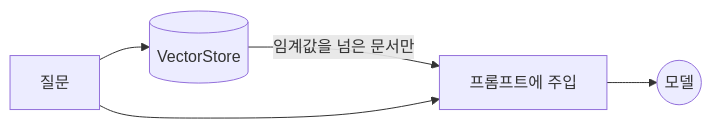
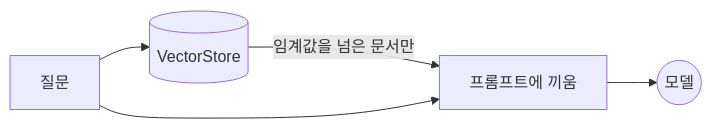
Diagram 15 of 22 in docs/phase2/Spring AI로 구현하는 에이전틱 패턴.md (devjune/ai-study), drawn with Mermaid before and after one commit. The commit also changed other lines of this file and 3 other files, not shown here.

````diff
--- a/docs/phase2/Spring AI로 구현하는 에이전틱 패턴.md
+++ b/docs/phase2/Spring AI로 구현하는 에이전틱 패턴.md
@@ -619,7 +622,7 @@
 ```mermaid
 flowchart LR
     Q[질문] --> S[(VectorStore)]
-    S -->|임계값을 넘은 문서만| P[프롬프트에 주입]
+    S -->|임계값을 넘은 문서만| P[프롬프트에 끼움]
     Q --> P
     P --> M((모델))
 ```
````
